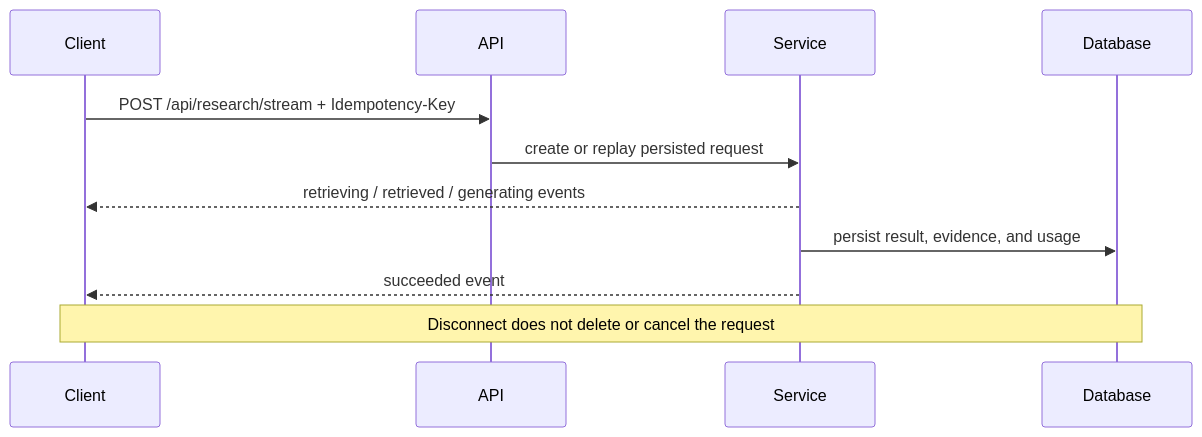
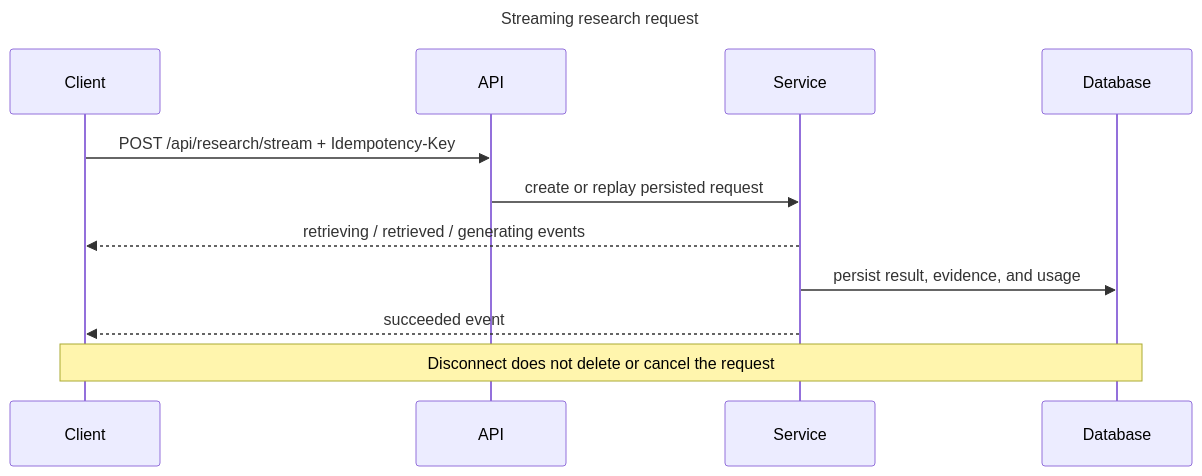
The second of 2 diagrams in docs/api.md (hongchit/sec-filing-rag-poc), drawn with Mermaid before and after one commit. The commit also changed other lines of this file and 43 other files, not shown here.

````diff
--- a/docs/api.md
+++ b/docs/api.md
@@ -89,9 +92,12 @@
 ```mermaid
+---
+title: Streaming research request
+---
 sequenceDiagram
   Client->>API: POST /api/research/stream + Idempotency-Key
   API->>Service: create or replay persisted request
   Service-->>Client: retrieving / retrieved / generating events
   Service->>Database: persist result, evidence, and usage
   Service-->>Client: succeeded event
   Note over Client,Database: Disconnect does not delete or cancel the request
 ```
````
